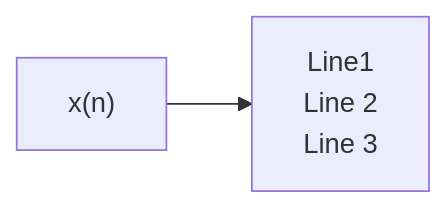
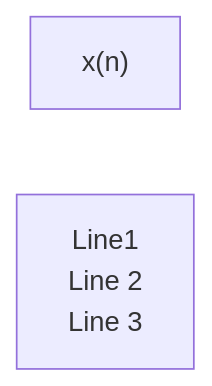
The diagram in README.md (valiha-com/dasp_tutorial), drawn with Mermaid before and after one commit. The commit also changed other lines of this file, not shown here.

````diff
--- a/README.md
+++ b/README.md
@@ -67,10 +62,10 @@
 ```mermaid
 %%{init: {"flowchart": {"htmlLabels": false}} }%%
 flowchart LR
     markdown["`  x(n)  `"]
     newLines["`Line1
     Line 2
     Line 3`"]
-    markdown --> newLines
+    newLines
     markdown["`  x(n)  `"]
 ```
````
